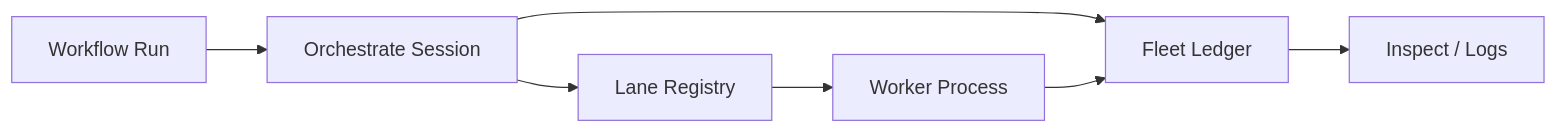
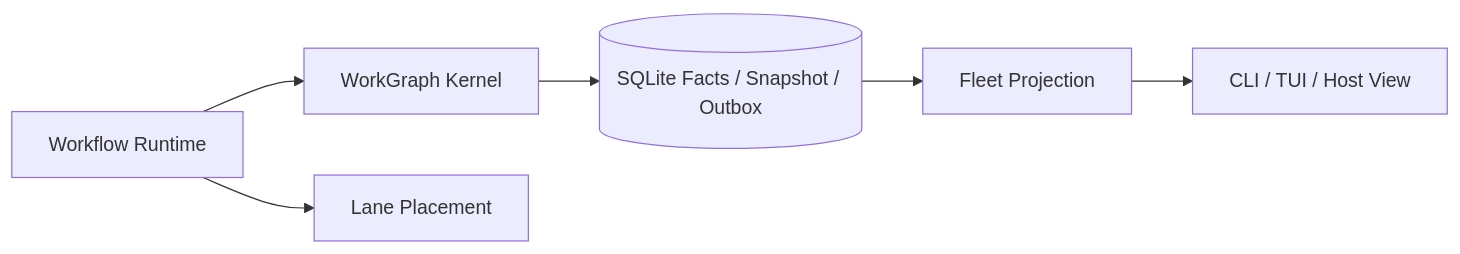
Before and after one commit to fwtllh-png/CodeHelper: the diagram in docs/book/en/09-task-orchestration/05-lane-fleet-scheduling.md, drawn with Mermaid. The commit also changed other lines of this file and 143 other files, not shown here.

Commit message:
refactor(orchestration): unify durable WorkGraph runtime

````diff
--- a/docs/book/en/09-task-orchestration/05-lane-fleet-scheduling.md
+++ b/docs/book/en/09-task-orchestration/05-lane-fleet-scheduling.md
@@ -42,9 +45,8 @@
 ```mermaid
 flowchart LR
-    W[Workflow Run] --> O[Orchestrate Session]
-    O --> F[Fleet Ledger]
-    O --> L[Lane Registry]
-    L --> P[Worker Process]
-    P --> F
-    F --> I[Inspect / Logs]
+    W[Workflow Runtime] --> K[WorkGraph Kernel]
+    K --> S[(SQLite Facts / Snapshot / Outbox)]
+    S --> F[Fleet Projection]
+    F --> H[CLI / TUI / Host View]
+    W --> L[Lane Placement]
 ```
````
